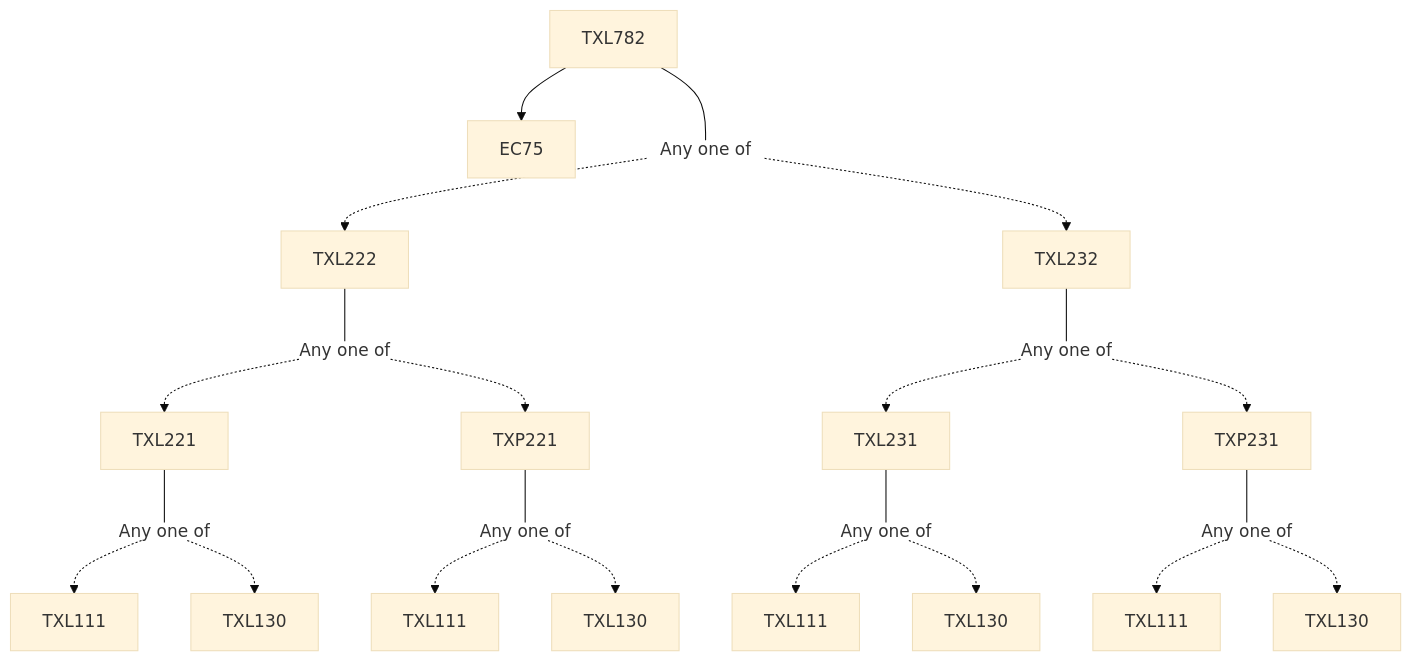
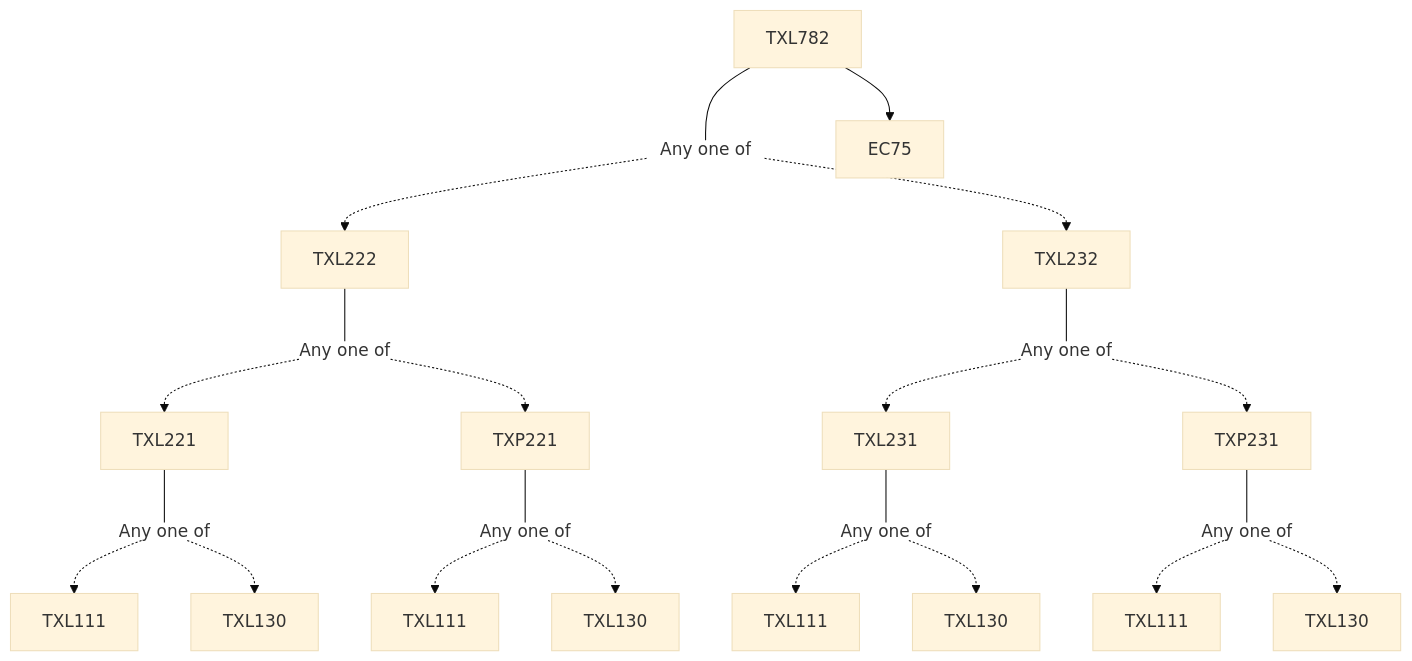
The diagram in content/Textile and Fibre Engineering/TXL782.md (KeshavBansal0122/CoS_Website), drawn with Mermaid (base theme) before and after one commit. The commit also changed other lines of this file and 2662 other files, not shown here.

````diff
--- a/content/Textile and Fibre Engineering/TXL782.md
+++ b/content/Textile and Fibre Engineering/TXL782.md
@@ -13,29 +13,29 @@
 ```mermaid
 flowchart TD
 TXL782-1863[TXL782]
-TXL782-1863 --> EC75-1863[EC75]
 TXL782-1863 --- Or1864[Any one of]:::empty
 Or1864 -.-> TXL222-1865[TXL222]
 TXL222-1865 --- Or1866[Any one of]:::empty
 Or1866 -.-> TXL221-1867[TXL221]
 TXL221-1867 --- Or1868[Any one of]:::empty
 Or1868 -.-> TXL111-1869[TXL111]
 Or1868 -.-> TXL130-1870[TXL130]
-Or1866 -.-> TXP221-1871[TXP221]
 TXP221-1871 --- Or1872[Any one of]:::empty
 Or1872 -.-> TXL111-1873[TXL111]
 Or1872 -.-> TXL130-1874[TXL130]
+Or1866 -.-> TXP221-1871[TXP221]
 Or1864 -.-> TXL232-1875[TXL232]
 TXL232-1875 --- Or1876[Any one of]:::empty
 TXL231-1877 --- Or1878[Any one of]:::empty
 Or1878 -.-> TXL111-1879[TXL111]
 Or1878 -.-> TXL130-1880[TXL130]
 Or1876 -.-> TXL231-1877[TXL231]
 TXP231-1881 --- Or1882[Any one of]:::empty
 Or1882 -.-> TXL111-1883[TXL111]
 Or1882 -.-> TXL130-1884[TXL130]
 Or1876 -.-> TXP231-1881[TXP231]
+TXL782-1863 --> EC75-1863[EC75]
 
 classDef empty height:17px, fill:transparent, stroke:transparent;
 classDef trueEmpty height:0px, width:0px;
 ```
````
